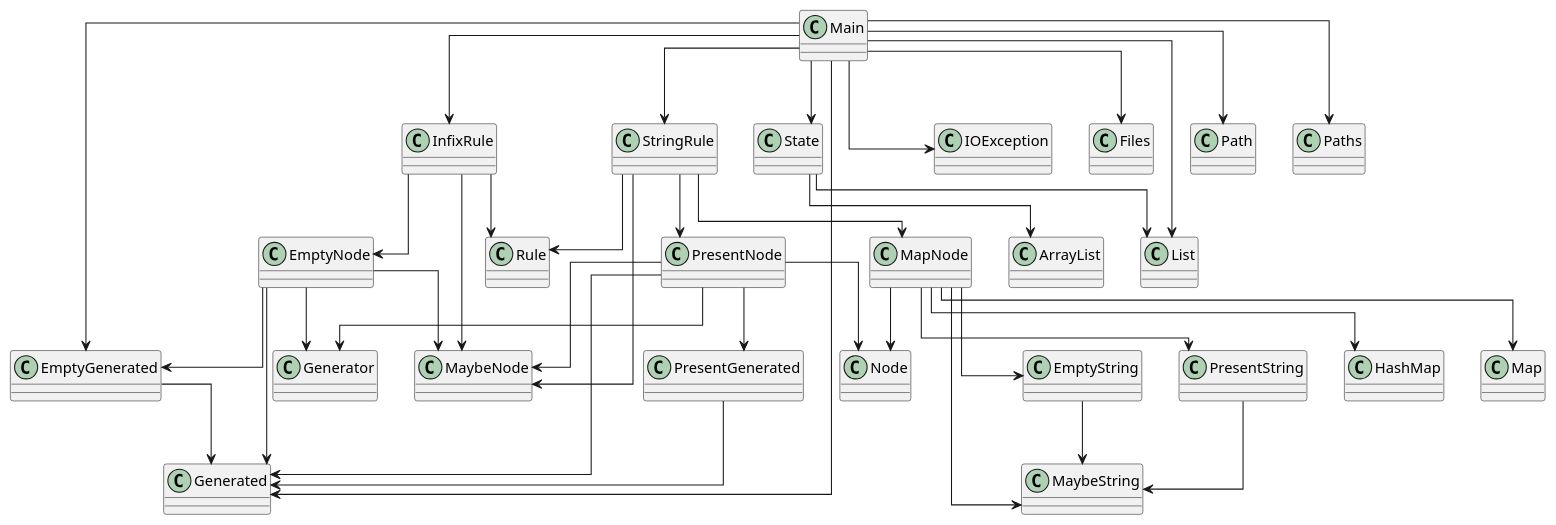
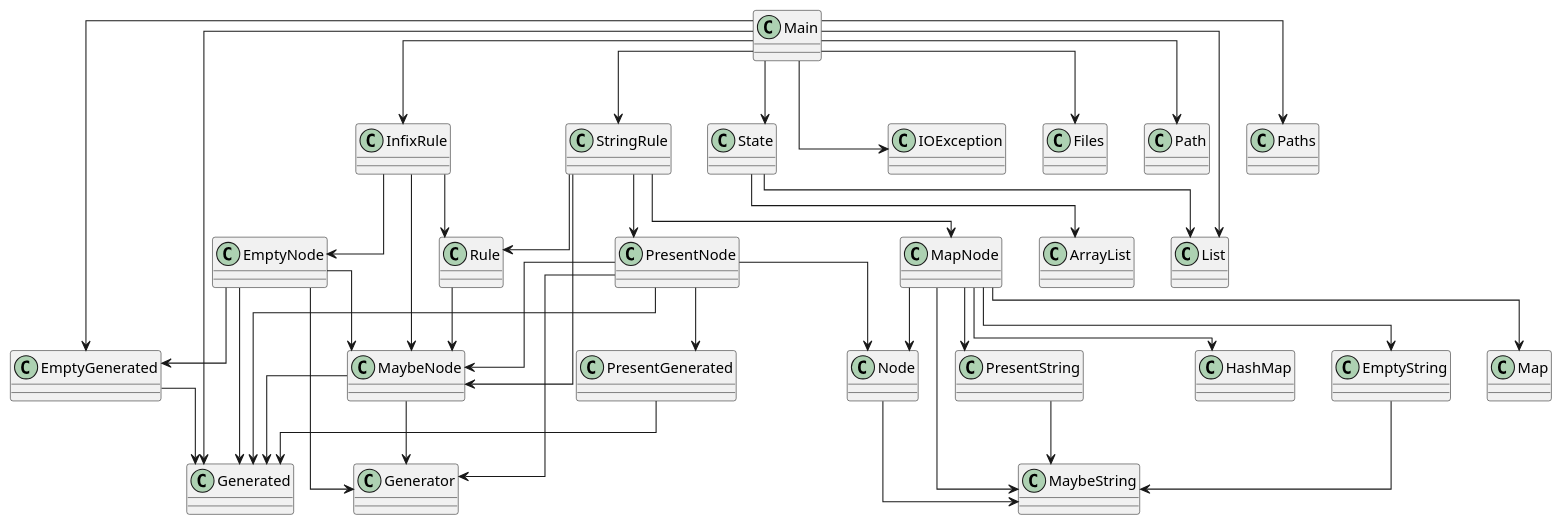
One commit to SirMathhman/Magma changed the diagram in diagram.puml. Above: the diagram before and after it, drawn with PlantUML. The commit also changed 11 other files, not shown here.

```diff
--- a/diagram.puml
+++ b/diagram.puml
@@ -1,58 +1,62 @@
 @startuml
 skinparam linetype ortho
 class Generated
 class Generator
-class EmptyString
-EmptyString --> MaybeString
-class PresentString
-PresentString --> MaybeString
 class MaybeNode
+MaybeNode --> Generated
+MaybeNode --> Generator
 class MaybeString
 class EmptyNode
 EmptyNode --> Generated
 EmptyNode --> Generator
 EmptyNode --> MaybeNode
 EmptyNode --> EmptyGenerated
+class PresentNode
+PresentNode --> Generated
+PresentNode --> Generator
+PresentNode --> Node
+PresentNode --> MaybeNode
+PresentNode --> PresentGenerated
+class EmptyString
+EmptyString --> MaybeString
+class PresentString
+PresentString --> MaybeString
 class MapNode
 MapNode --> MaybeString
 MapNode --> Node
 MapNode --> EmptyString
 MapNode --> PresentString
 MapNode --> HashMap
 MapNode --> Map
-class PresentNode
-PresentNode --> Generated
-PresentNode --> Generator
-PresentNode --> MaybeNode
-PresentNode --> Node
-PresentNode --> PresentGenerated
 class Node
+Node --> MaybeString
 class EmptyGenerated
 EmptyGenerated --> Generated
 class PresentGenerated
 PresentGenerated --> Generated
 class InfixRule
 InfixRule --> MaybeNode
 InfixRule --> Rule
 InfixRule --> EmptyNode
 class StringRule
 StringRule --> MaybeNode
 StringRule --> Rule
 StringRule --> MapNode
 StringRule --> PresentNode
 class Rule
+Rule --> MaybeNode
 class State
 State --> ArrayList
 State --> List
 class Main
 Main --> Generated
 Main --> State
 Main --> InfixRule
 Main --> StringRule
 Main --> EmptyGenerated
 Main --> IOException
 Main --> Files
 Main --> Path
 Main --> Paths
 Main --> List
 @enduml
```
